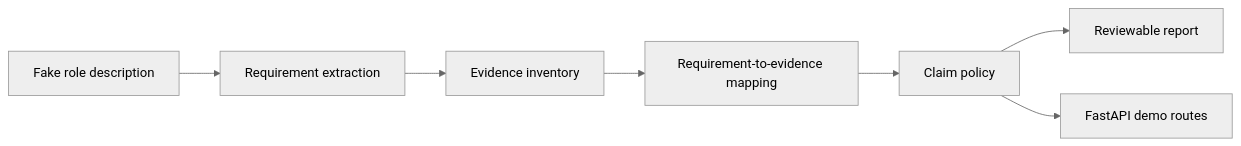
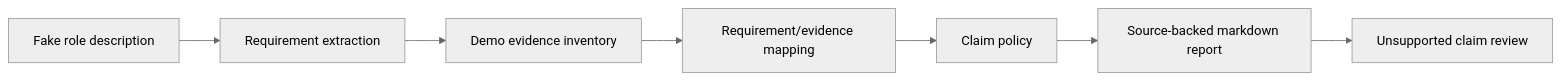
The diagram in README.md (piemasterflex111/traceops-evidence-demo), drawn with Mermaid (neutral theme) before and after one commit. The commit also changed other lines of this file and 1 other file, not shown here.

Commit message:
Rewrite README for public-safe demo scope

````diff
--- a/README.md
+++ b/README.md
@@ -15,9 +21,9 @@
 ```mermaid
 flowchart LR
     A["Fake role description"] --> B["Requirement extraction"]
-    B --> C["Evidence inventory"]
-    C --> D["Requirement-to-evidence mapping"]
+    B --> C["Demo evidence inventory"]
+    C --> D["Requirement/evidence mapping"]
     D --> E["Claim policy"]
-    E --> F["Reviewable report"]
-    E --> G["FastAPI demo routes"]
+    E --> F["Source-backed markdown report"]
+    F --> G["Unsupported claim review"]
 ```
````
